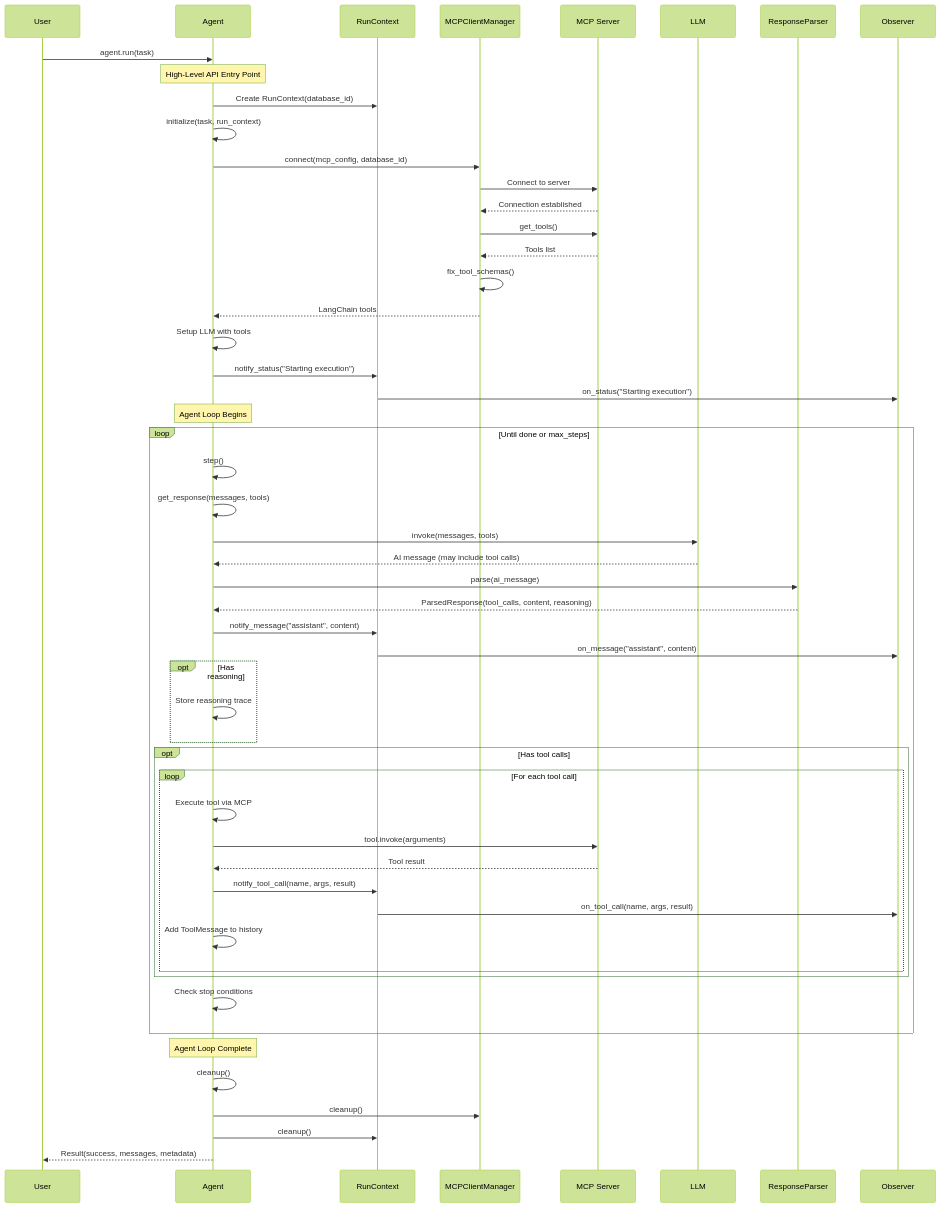
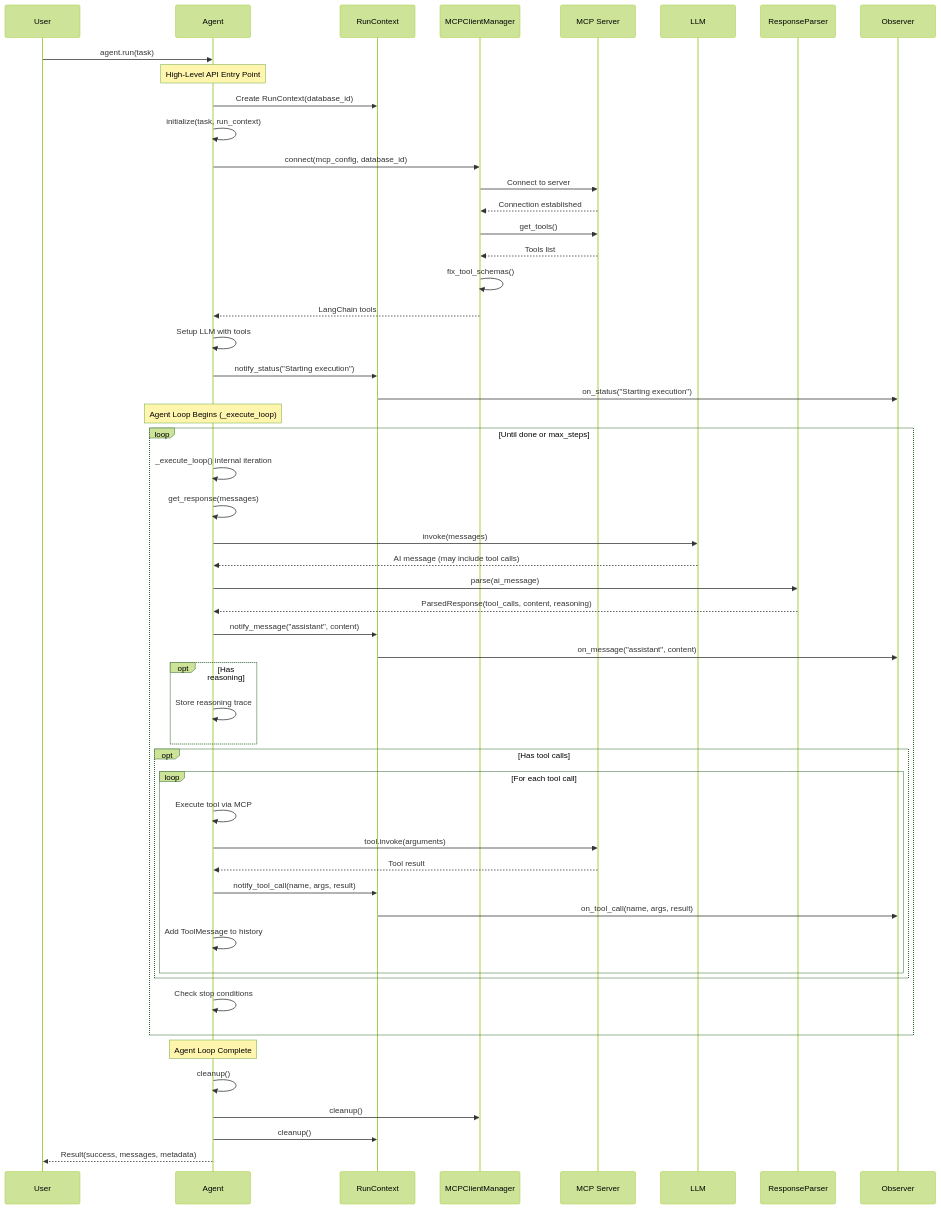
One commit to priyamturing/agent_harness changed the first of 4 diagrams in SDK_ARCHITECTURE.md. Above: the diagram before and after it, drawn with Mermaid (forest theme). The commit also changed other lines of this file and 24 other files, not shown here.

````diff
--- a/SDK_ARCHITECTURE.md
+++ b/SDK_ARCHITECTURE.md
@@ -134,70 +134,70 @@
 ```mermaid
 sequenceDiagram
     participant User
     participant Agent
     participant RunContext
     participant MCPManager as MCPClientManager
     participant MCP as MCP Server
     participant LLM
     participant ResponseParser
     participant Observer
 
     User->>Agent: agent.run(task)
     
     Note over Agent: High-Level API Entry Point
     
     Agent->>RunContext: Create RunContext(database_id)
     Agent->>Agent: initialize(task, run_context)
     
     Agent->>MCPManager: connect(mcp_config, database_id)
     MCPManager->>MCP: Connect to server
     MCP-->>MCPManager: Connection established
     MCPManager->>MCP: get_tools()
     MCP-->>MCPManager: Tools list
     MCPManager->>MCPManager: fix_tool_schemas()
     MCPManager-->>Agent: LangChain tools
     
     Agent->>Agent: Setup LLM with tools
     Agent->>RunContext: notify_status("Starting execution")
     RunContext->>Observer: on_status("Starting execution")
     
-    Note over Agent: Agent Loop Begins
+    Note over Agent: Agent Loop Begins (_execute_loop)
     
     loop Until done or max_steps
-        Agent->>Agent: step()
-        Agent->>Agent: get_response(messages, tools)
-        Agent->>LLM: invoke(messages, tools)
+        Agent->>Agent: _execute_loop() internal iteration
+        Agent->>Agent: get_response(messages)
+        Agent->>LLM: invoke(messages)
         LLM-->>Agent: AI message (may include tool calls)
         
         Agent->>ResponseParser: parse(ai_message)
         ResponseParser-->>Agent: ParsedResponse(tool_calls, content, reasoning)
         
         Agent->>RunContext: notify_message("assistant", content)
         RunContext->>Observer: on_message("assistant", content)
         
         opt Has reasoning
             Agent->>Agent: Store reasoning trace
         end
         
         opt Has tool calls
             loop For each tool call
                 Agent->>Agent: Execute tool via MCP
                 Agent->>MCP: tool.invoke(arguments)
                 MCP-->>Agent: Tool result
                 Agent->>RunContext: notify_tool_call(name, args, result)
                 RunContext->>Observer: on_tool_call(name, args, result)
                 Agent->>Agent: Add ToolMessage to history
             end
         end
         
         Agent->>Agent: Check stop conditions
     end
     
     Note over Agent: Agent Loop Complete
     
     Agent->>Agent: cleanup()
     Agent->>MCPManager: cleanup()
     Agent->>RunContext: cleanup()
     
     Agent-->>User: Result(success, messages, metadata)
 ```
````
